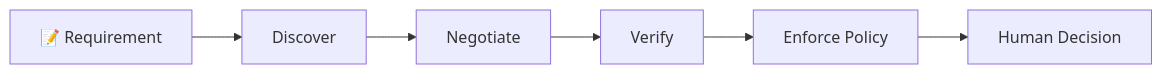
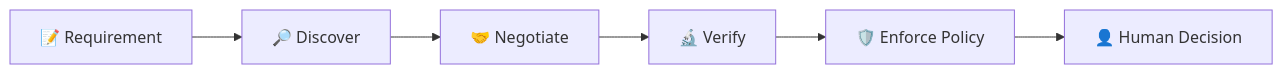
The first of 6 diagrams in README.md (maha-rk/pact), drawn with Mermaid before and after one commit. The commit also changed other lines of this file, not shown here.

````diff
--- a/README.md
+++ b/README.md
@@ -48,8 +48,8 @@
 ```mermaid
 flowchart LR
-    A["📝 Requirement"] --> B["Discover"]
-    B --> C["Negotiate"]
-    C --> D["Verify"]
-    D --> E["Enforce Policy"]
-    E --> F["Human Decision"]
+    A["📝 Requirement"] --> B["🔎 Discover"]
+    B --> C["🤝 Negotiate"]
+    C --> D["🔬 Verify"]
+    D --> E["🛡️ Enforce Policy"]
+    E --> F["👤 Human Decision"]
 ```
````
